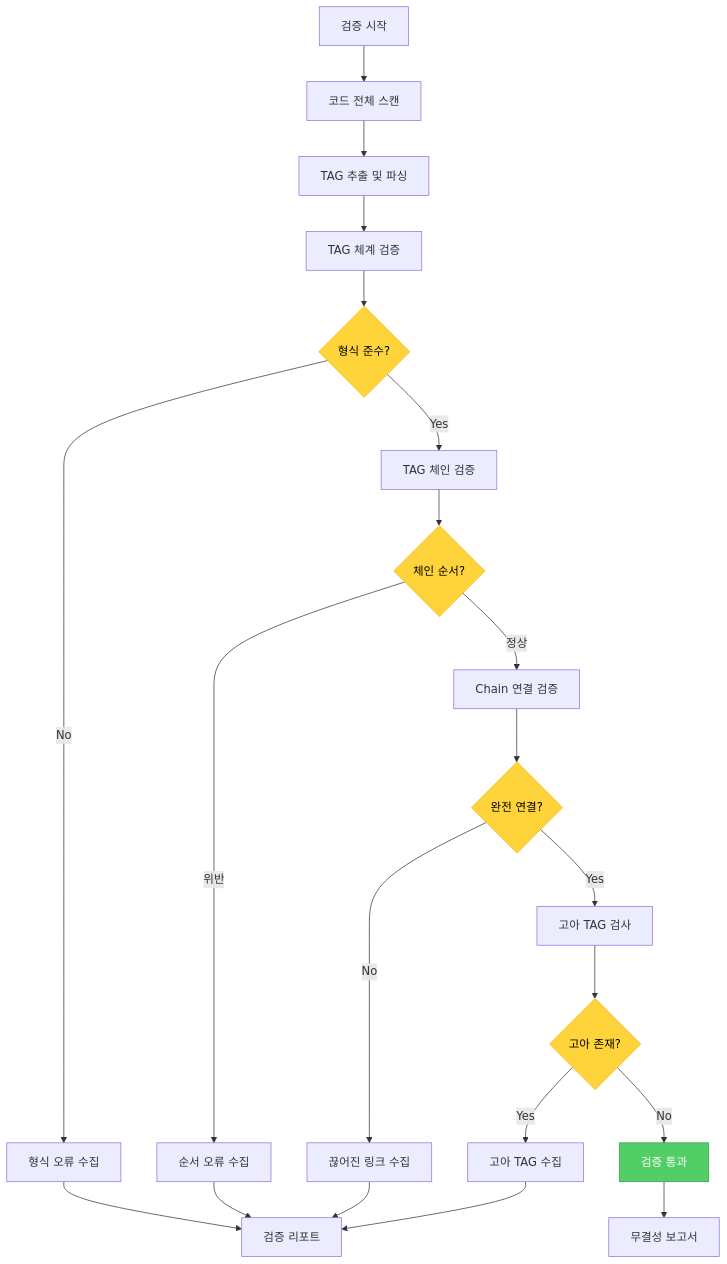
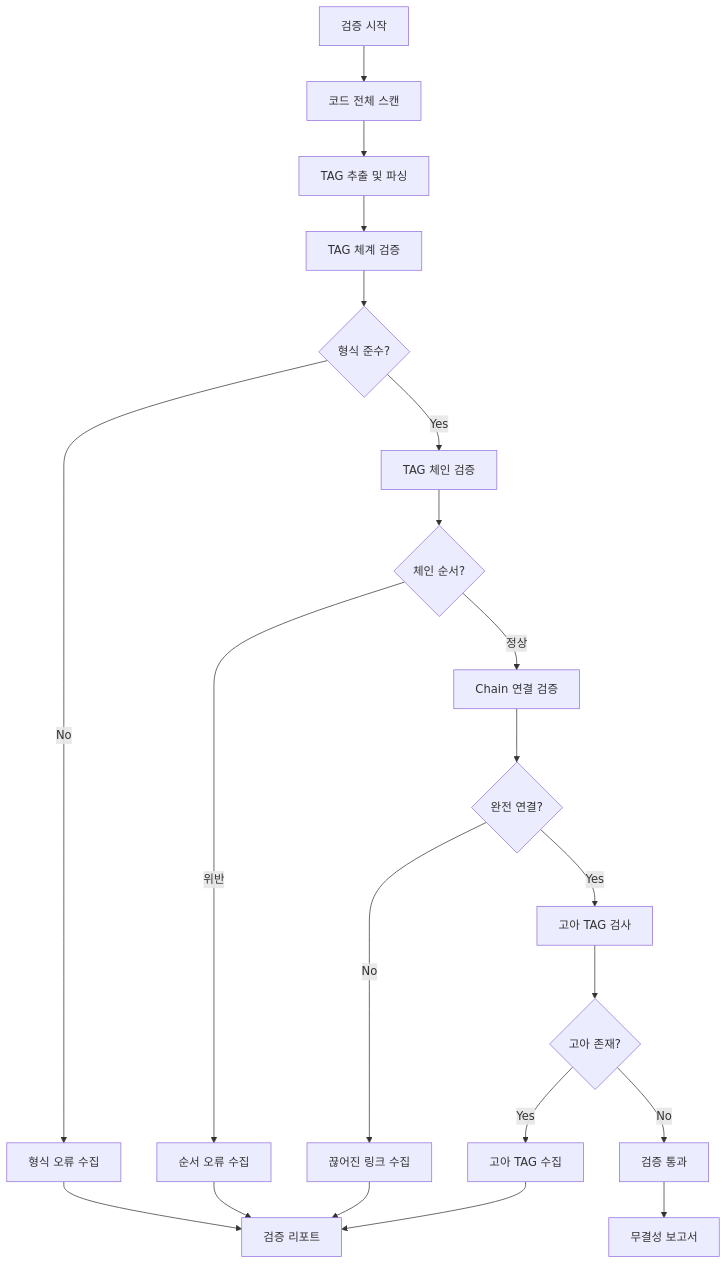
One commit to modu-ai/moai-adk changed the fifth of 6 diagrams in docs/claude/agents/tag-agent.md. Above: the diagram before and after it, drawn with Mermaid. The commit also changed other lines of this file and 299 other files, not shown here.

First line of the commit message:
🎨 feat: Mermaid 다크/라이트 테마 대응 + trust-checker 통합

````diff
--- a/docs/claude/agents/tag-agent.md
+++ b/docs/claude/agents/tag-agent.md
@@ -514,34 +499,29 @@
 ```mermaid
 graph TB
     A[검증 시작] --> B[코드 전체 스캔]
     B --> C[TAG 추출 및 파싱]
     C --> D[TAG 체계 검증]
 
     D --> E{형식 준수?}
     E -->|No| F[형식 오류 수집]
     E -->|Yes| G[TAG 체인 검증]
 
     G --> H{체인 순서?}
     H -->|위반| I[순서 오류 수집]
     H -->|정상| J[Chain 연결 검증]
 
     J --> K{완전 연결?}
     K -->|No| L[끊어진 링크 수집]
     K -->|Yes| M[고아 TAG 검사]
 
     M --> N{고아 존재?}
     N -->|Yes| O[고아 TAG 수집]
     N -->|No| P[검증 통과]
 
     F --> Q[검증 리포트]
     I --> Q
     L --> Q
     O --> Q
     P --> R[무결성 보고서]
 
-    style E fill:#ffd43b,stroke:#fab005,color:#000
-    style H fill:#ffd43b,stroke:#fab005,color:#000
-    style K fill:#ffd43b,stroke:#fab005,color:#000
-    style N fill:#ffd43b,stroke:#fab005,color:#000
-    style P fill:#51cf66,stroke:#2f9e44,color:#fff
 ```
````
